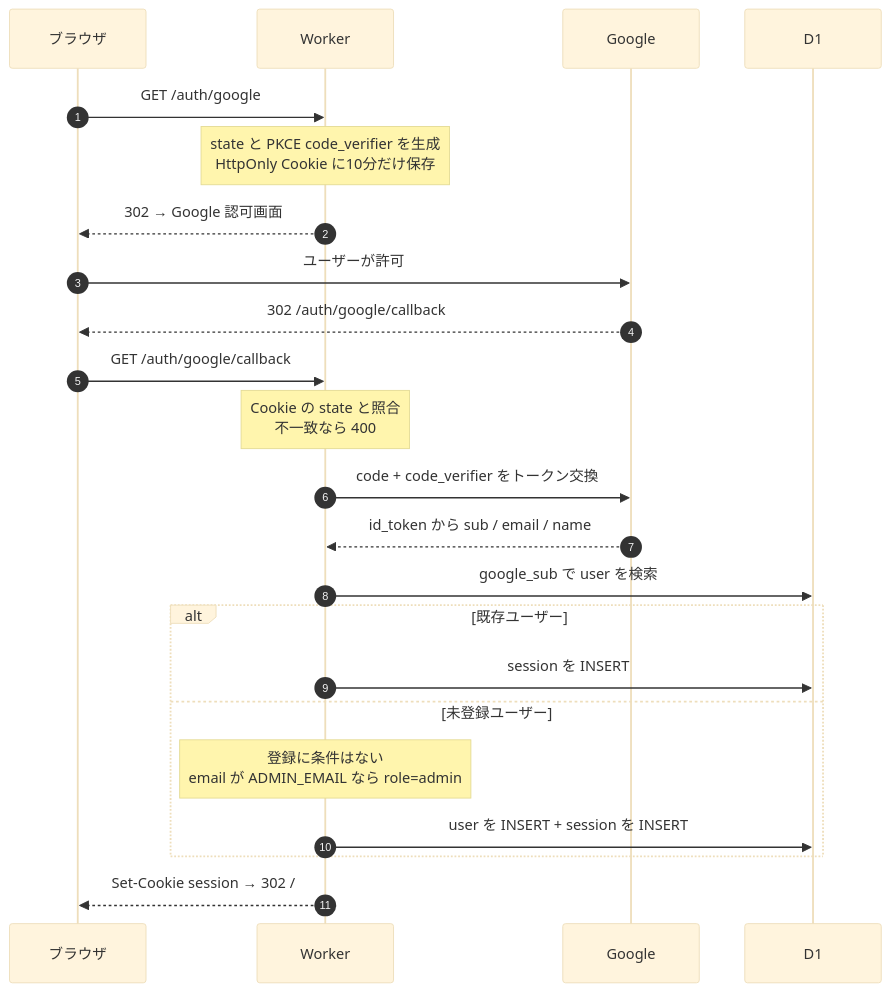
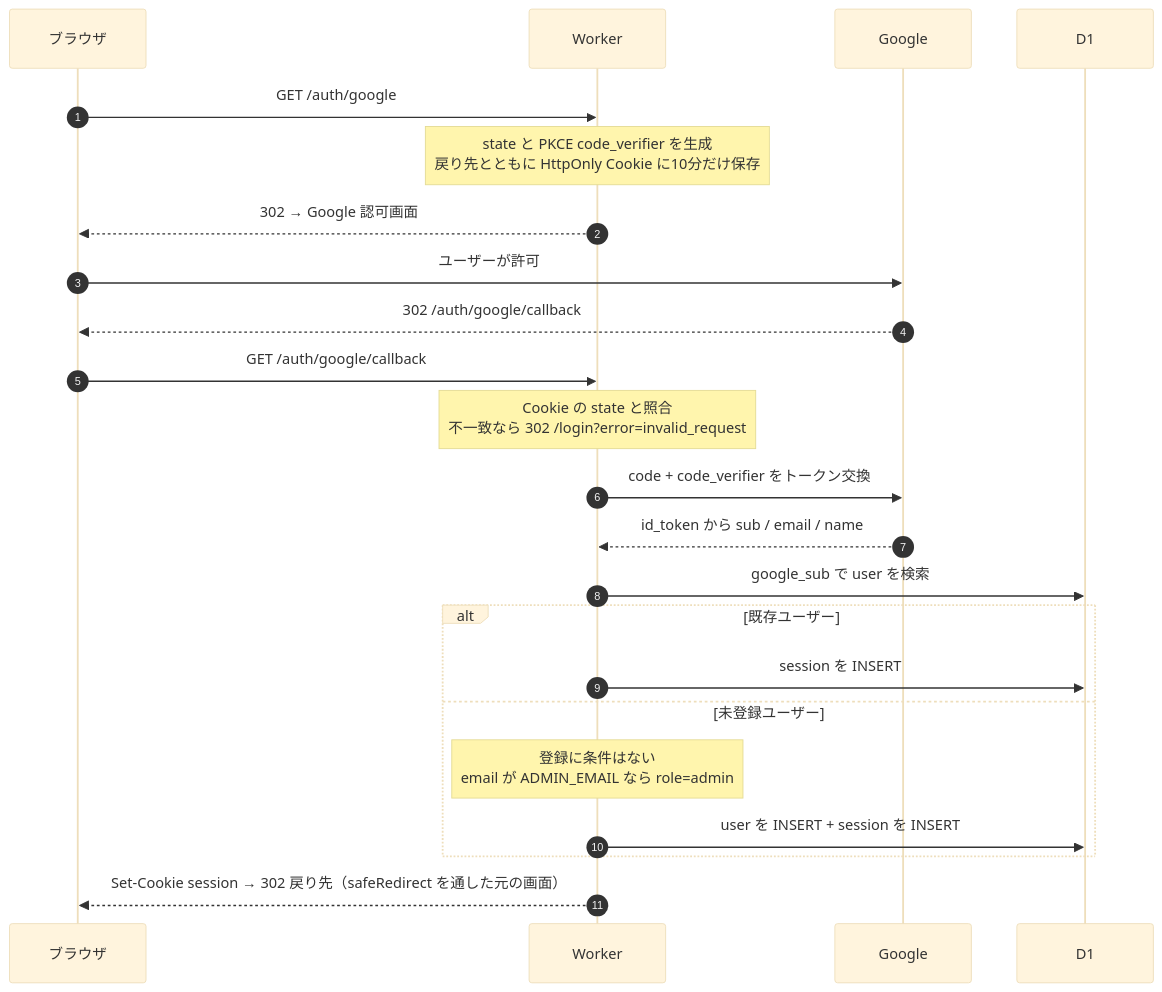
One commit to Atoyr/keiba-note changed the fifth of 11 diagrams in docs/architecture.md. Above: the diagram before and after it, drawn with Mermaid (base theme). The commit also changed other lines of this file and 56 other files, not shown here.

````diff
--- a/docs/architecture.md
+++ b/docs/architecture.md
@@ -416,28 +394,28 @@
 ```mermaid
 sequenceDiagram
     autonumber
     participant B as ブラウザ
     participant W as Worker
     participant G as Google
     participant D as D1
 
     B->>W: GET /auth/google
-    Note over W: state と PKCE code_verifier を生成<br/>HttpOnly Cookie に10分だけ保存
+    Note over W: state と PKCE code_verifier を生成<br/>戻り先とともに HttpOnly Cookie に10分だけ保存
     W-->>B: 302 → Google 認可画面
     B->>G: ユーザーが許可
     G-->>B: 302 /auth/google/callback
     B->>W: GET /auth/google/callback
-    Note over W: Cookie の state と照合<br/>不一致なら 400
+    Note over W: Cookie の state と照合<br/>不一致なら 302 /login?error=invalid_request
     W->>G: code + code_verifier をトークン交換
     G-->>W: id_token から sub / email / name
     W->>D: google_sub で user を検索
 
     alt 既存ユーザー
         W->>D: session を INSERT
     else 未登録ユーザー
         Note over W: 登録に条件はない<br/>email が ADMIN_EMAIL なら role=admin
         W->>D: user を INSERT + session を INSERT
     end
 
-    W-->>B: Set-Cookie session → 302 /
+    W-->>B: Set-Cookie session → 302 戻り先（safeRedirect を通した元の画面）
 ```
````
